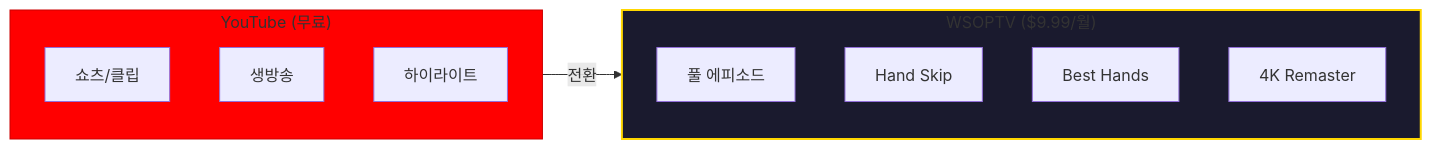
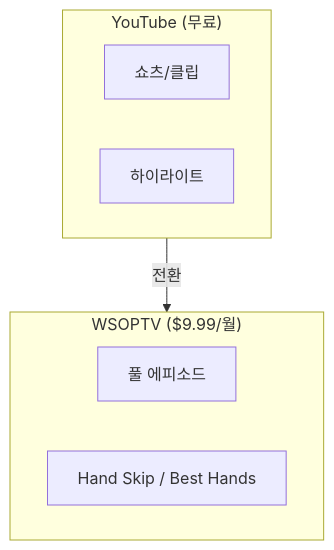
One commit to garimto81/wsoptv_v2 changed the first of 7 diagrams in tasks/prds/0010-prd-wsoptv/03-content-strategy.md. Above: the diagram before and after it, drawn with Mermaid. The commit also changed other lines of this file, not shown here.

````diff
--- a/tasks/prds/0010-prd-wsoptv/03-content-strategy.md
+++ b/tasks/prds/0010-prd-wsoptv/03-content-strategy.md
@@ -15,20 +15,14 @@
 ```mermaid
-flowchart LR
+flowchart TB
     subgraph FREE["YouTube (무료)"]
         Y1["쇼츠/클립"]
-        Y2["생방송"]
-        Y3["하이라이트"]
+        Y2["하이라이트"]
     end
 
     subgraph PAID["WSOPTV ($9.99/월)"]
         W1["풀 에피소드"]
-        W2["Hand Skip"]
-        W3["Best Hands"]
-        W4["4K Remaster"]
+        W2["Hand Skip / Best Hands"]
     end
 
     FREE -->|"전환"| PAID
-
-    style PAID fill:#1a1a2e,stroke:#ffd700,stroke-width:2px
-    style FREE fill:#ff0000,stroke:#cc0000
 ```
````
